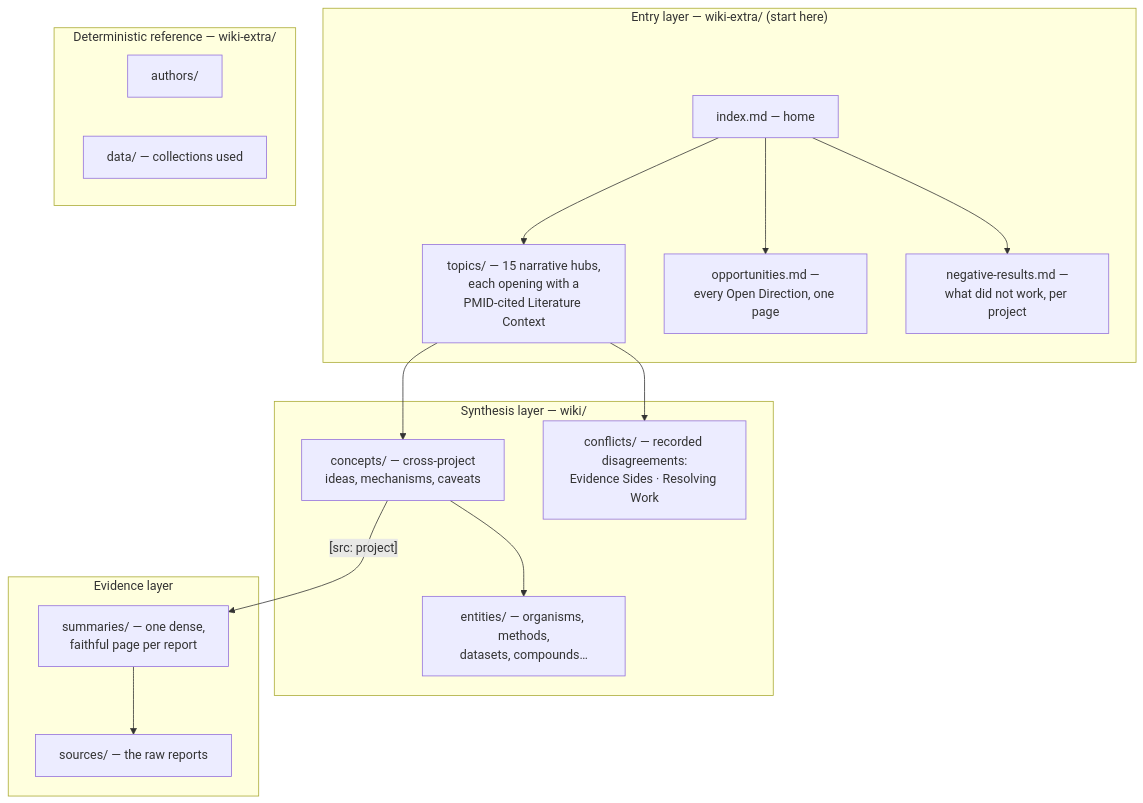
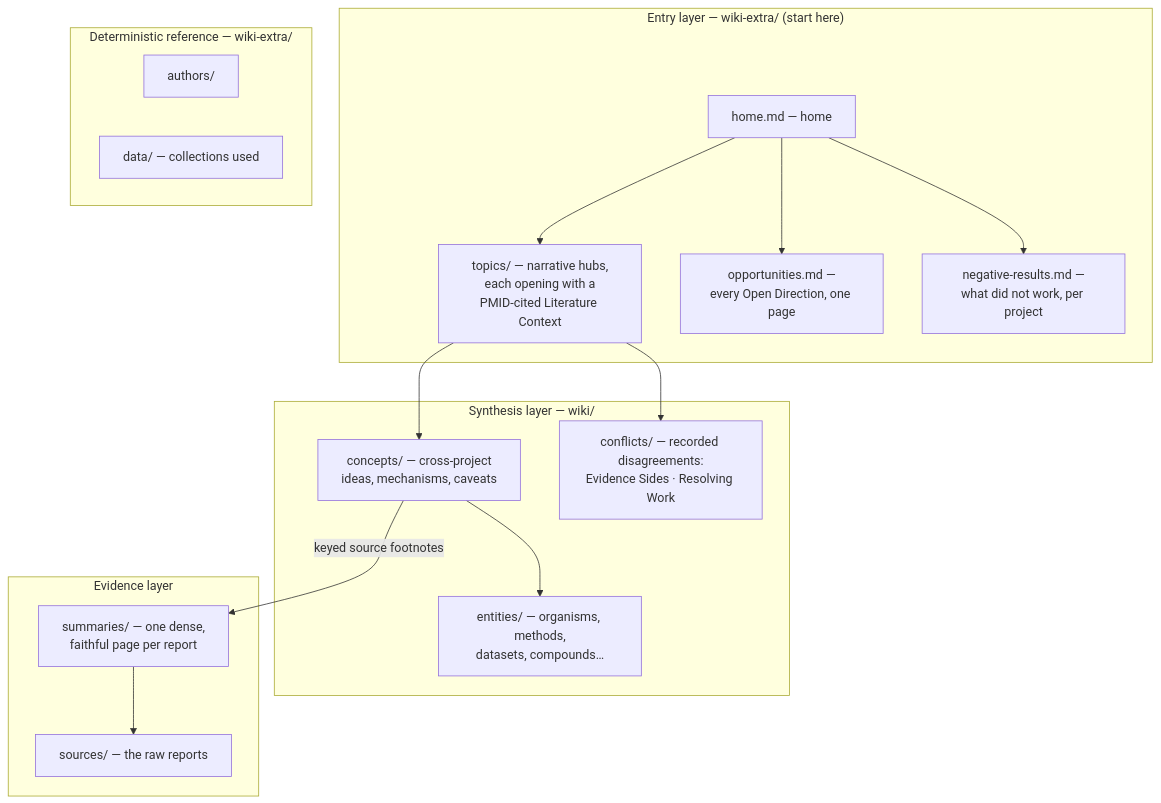
Before and after one commit to beril-doe/beril-wiki: the diagram in docs/wiki.md, drawn with Mermaid. The commit also changed other lines of this file and 11 other files, not shown here.

First line of the commit message:
feat: integrate OKF validation and graph viewer

````diff
--- a/docs/wiki.md
+++ b/docs/wiki.md
@@ -8,24 +8,24 @@
 ```mermaid
 flowchart TD
     subgraph ENTRY["Entry layer — wiki-extra/ (start here)"]
-        HOME[index.md — home] --> TOPICS["topics/ — 15 narrative hubs,<br/>each opening with a<br/>PMID-cited Literature Context"]
+        HOME[home.md — home] --> TOPICS["topics/ — narrative hubs,<br/>each opening with a<br/>PMID-cited Literature Context"]
         HOME --> OPP[opportunities.md —<br/>every Open Direction, one page]
         HOME --> NEG[negative-results.md —<br/>what did not work, per project]
     end
 
     subgraph SYNTH["Synthesis layer — wiki/"]
         TOPICS --> CONCEPTS["concepts/ — cross-project<br/>ideas, mechanisms, caveats"]
         TOPICS --> CONFLICTS["conflicts/ — recorded disagreements:<br/>Evidence Sides · Resolving Work"]
         CONCEPTS --> ENTITIES["entities/ — organisms, methods,<br/>datasets, compounds…"]
     end
 
     subgraph EVIDENCE["Evidence layer"]
-        CONCEPTS -->|"[src: project]"| SUMMARIES["summaries/ — one dense,<br/>faithful page per report"]
+        CONCEPTS -->|"keyed source footnotes"| SUMMARIES["summaries/ — one dense,<br/>faithful page per report"]
         SUMMARIES --> RAW[sources/ — the raw reports]
     end
 
     subgraph SIDE["Deterministic reference — wiki-extra/"]
         AUTH[authors/]
         DATA[data/ — collections used]
     end
 ```
````
